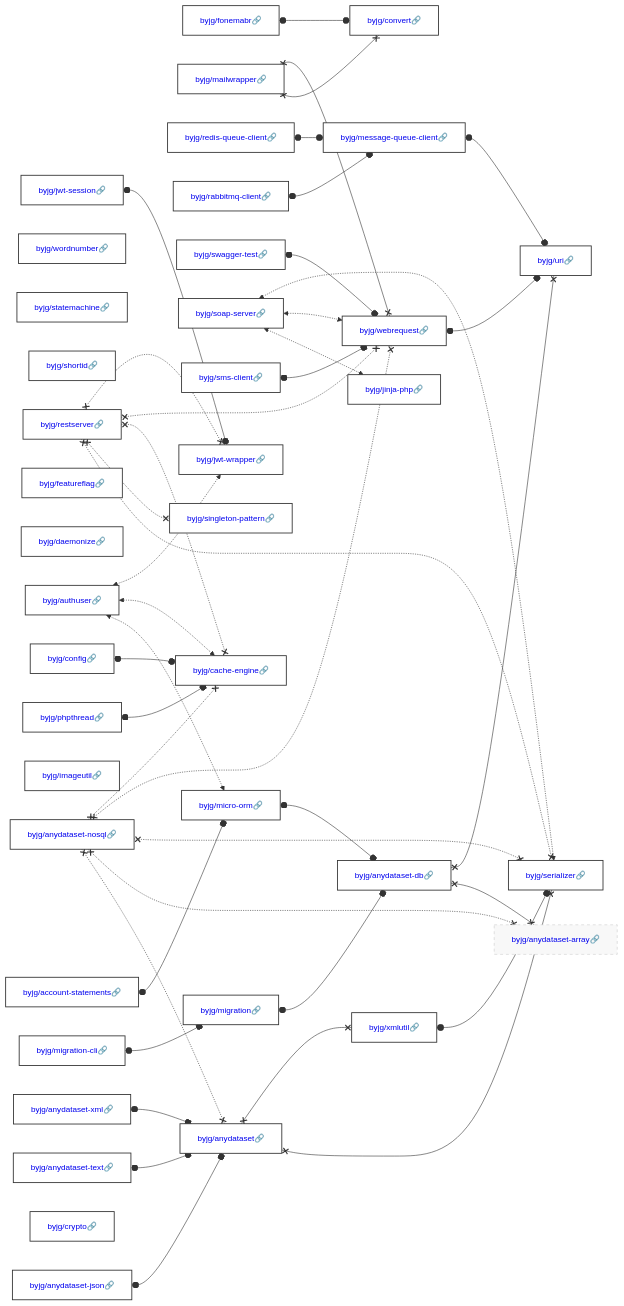
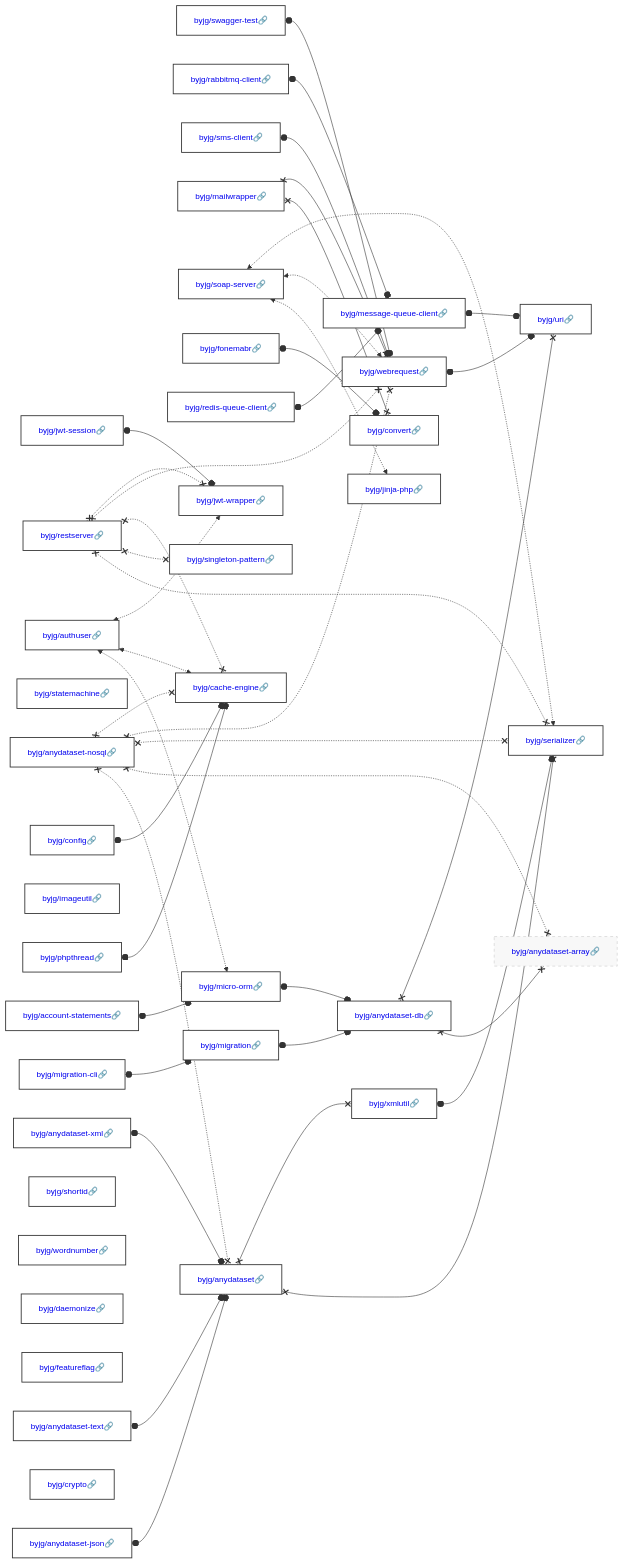
The diagram in docs/php/README.md (byjg/byjg.github.io), drawn with Mermaid before and after one commit. The commit also changed other lines of this file, not shown here.

Commit message:
Update documentation 'php' 'php-webrequest'

````diff
--- a/docs/php/README.md
+++ b/docs/php/README.md
@@ -3,40 +3,40 @@
 ```mermaid
 graph LR;
-  byjg/phpthread[<a href='https://opensource.byjg.com/docs/php/phpthread' style='text-decoration:none'>byjg/phpthread🔗</a>];
+  byjg/config[<a href='https://opensource.byjg.com/docs/php/config' style='text-decoration:none'>byjg/config🔗</a>];
+  byjg/swagger-test[<a href='https://opensource.byjg.com/docs/php/swagger-test' style='text-decoration:none'>byjg/swagger-test🔗</a>];
+  byjg/migration-cli[<a href='https://opensource.byjg.com/docs/php/migration-cli' style='text-decoration:none'>byjg/migration-cli🔗</a>];
+  byjg/anydataset-text[<a href='https://opensource.byjg.com/docs/php/anydataset-text' style='text-decoration:none'>byjg/anydataset-text🔗</a>];
+  byjg/statemachine[<a href='https://opensource.byjg.com/docs/php/statemachine' style='text-decoration:none'>byjg/statemachine🔗</a>];
+  byjg/rabbitmq-client[<a href='https://opensource.byjg.com/docs/php/rabbitmq-client' style='text-decoration:none'>byjg/rabbitmq-client🔗</a>];
+  byjg/anydataset-json[<a href='https://opensource.byjg.com/docs/php/anydataset-json' style='text-decoration:none'>byjg/anydataset-json🔗</a>];
+  byjg/anydataset-xml[<a href='https://opensource.byjg.com/docs/php/anydataset-xml' style='text-decoration:none'>byjg/anydataset-xml🔗</a>];
+  byjg/imageutil[<a href='https://opensource.byjg.com/docs/php/imageutil' style='text-decoration:none'>byjg/imageutil🔗</a>];
+  byjg/account-statements[<a href='https://opensource.byjg.com/docs/php/account-statements' style='text-decoration:none'>byjg/account-statements🔗</a>];
+  byjg/sms-client[<a href='https://opensource.byjg.com/docs/php/sms-client' style='text-decoration:none'>byjg/sms-client🔗</a>];
+  byjg/restserver[<a href='https://opensource.byjg.com/docs/php/restserver' style='text-decoration:none'>byjg/restserver🔗</a>];
+  byjg/authuser[<a href='https://opensource.byjg.com/docs/php/authuser' style='text-decoration:none'>byjg/authuser🔗</a>];
+  byjg/jwt-session[<a href='https://opensource.byjg.com/docs/php/jwt-session' style='text-decoration:none'>byjg/jwt-session🔗</a>];
+  byjg/shortid[<a href='https://opensource.byjg.com/docs/php/shortid' style='text-decoration:none'>byjg/shortid🔗</a>];
+  byjg/mailwrapper[<a href='https://opensource.byjg.com/docs/php/mailwrapper' style='text-decoration:none'>byjg/mailwrapper🔗</a>];
+  byjg/soap-server[<a href='https://opensource.byjg.com/docs/php/soap-server' style='text-decoration:none'>byjg/soap-server🔗</a>];
   byjg/wordnumber[<a href='https://opensource.byjg.com/docs/php/wordnumber' style='text-decoration:none'>byjg/wordnumber🔗</a>];
-  byjg/statemachine[<a href='https://opensource.byjg.com/docs/php/statemachine' style='text-decoration:none'>byjg/statemachine🔗</a>];
-  byjg/shortid[<a href='https://opensource.byjg.com/docs/php/shortid' style='text-decoration:none'>byjg/shortid🔗</a>];
-  byjg/authuser[<a href='https://opensource.byjg.com/docs/php/authuser' style='text-decoration:none'>byjg/authuser🔗</a>];
   byjg/fonemabr[<a href='https://opensource.byjg.com/docs/php/fonemabr' style='text-decoration:none'>byjg/fonemabr🔗</a>];
+  byjg/daemonize[<a href='https://opensource.byjg.com/docs/php/daemonize' style='text-decoration:none'>byjg/daemonize🔗</a>];
+  byjg/redis-queue-client[<a href='https://opensource.byjg.com/docs/php/redis-queue-client' style='text-decoration:none'>byjg/redis-queue-client🔗</a>];
   byjg/featureflag[<a href='https://opensource.byjg.com/docs/php/featureflag' style='text-decoration:none'>byjg/featureflag🔗</a>];
-  byjg/mailwrapper[<a href='https://opensource.byjg.com/docs/php/mailwrapper' style='text-decoration:none'>byjg/mailwrapper🔗</a>];
-  byjg/redis-queue-client[<a href='https://opensource.byjg.com/docs/php/redis-queue-client' style='text-decoration:none'>byjg/redis-queue-client🔗</a>];
-  byjg/daemonize[<a href='https://opensource.byjg.com/docs/php/daemonize' style='text-decoration:none'>byjg/daemonize🔗</a>];
-  byjg/rabbitmq-client[<a href='https://opensource.byjg.com/docs/php/rabbitmq-client' style='text-decoration:none'>byjg/rabbitmq-client🔗</a>];
-  byjg/account-statements[<a href='https://opensource.byjg.com/docs/php/account-statements' style='text-decoration:none'>byjg/account-statements🔗</a>];
-  byjg/swagger-test[<a href='https://opensource.byjg.com/docs/php/swagger-test' style='text-decoration:none'>byjg/swagger-test🔗</a>];
-  byjg/anydataset-xml[<a href='https://opensource.byjg.com/docs/php/anydataset-xml' style='text-decoration:none'>byjg/anydataset-xml🔗</a>];
-  byjg/anydataset-text[<a href='https://opensource.byjg.com/docs/php/anydataset-text' style='text-decoration:none'>byjg/anydataset-text🔗</a>];
-  byjg/imageutil[<a href='https://opensource.byjg.com/docs/php/imageutil' style='text-decoration:none'>byjg/imageutil🔗</a>];
-  byjg/jwt-session[<a href='https://opensource.byjg.com/docs/php/jwt-session' style='text-decoration:none'>byjg/jwt-session🔗</a>];
-  byjg/soap-server[<a href='https://opensource.byjg.com/docs/php/soap-server' style='text-decoration:none'>byjg/soap-server🔗</a>];
-  byjg/migration-cli[<a href='https://opensource.byjg.com/docs/php/migration-cli' style='text-decoration:none'>byjg/migration-cli🔗</a>];
-  byjg/restserver[<a href='https://opensource.byjg.com/docs/php/restserver' style='text-decoration:none'>byjg/restserver🔗</a>];
-  byjg/config[<a href='https://opensource.byjg.com/docs/php/config' style='text-decoration:none'>byjg/config🔗</a>];
-  byjg/sms-client[<a href='https://opensource.byjg.com/docs/php/sms-client' style='text-decoration:none'>byjg/sms-client🔗</a>];
   byjg/anydataset-nosql[<a href='https://opensource.byjg.com/docs/php/anydataset-nosql' style='text-decoration:none'>byjg/anydataset-nosql🔗</a>];
   byjg/crypto[<a href='https://opensource.byjg.com/docs/php/crypto' style='text-decoration:none'>byjg/crypto🔗</a>];
-  byjg/anydataset-json[<a href='https://opensource.byjg.com/docs/php/anydataset-json' style='text-decoration:none'>byjg/anydataset-json🔗</a>];
+  byjg/phpthread[<a href='https://opensource.byjg.com/docs/php/phpthread' style='text-decoration:none'>byjg/phpthread🔗</a>];
+  byjg/migration[<a href='https://opensource.byjg.com/docs/php/migration' style='text-decoration:none'>byjg/migration🔗</a>];
+  byjg/singleton-pattern[<a href='https://opensource.byjg.com/docs/php/singleton-pattern' style='text-decoration:none'>byjg/singleton-pattern🔗</a>];
+  byjg/micro-orm[<a href='https://opensource.byjg.com/docs/php/micro-orm' style='text-decoration:none'>byjg/micro-orm🔗</a>];
+  byjg/jwt-wrapper[<a href='https://opensource.byjg.com/docs/php/jwt-wrapper' style='text-decoration:none'>byjg/jwt-wrapper🔗</a>];
+  byjg/jinja-php[<a href='https://opensource.byjg.com/docs/php/jinja-php' style='text-decoration:none'>byjg/jinja-php🔗</a>];
   byjg/convert[<a href='https://opensource.byjg.com/docs/php/convert' style='text-decoration:none'>byjg/convert🔗</a>];
   byjg/message-queue-client[<a href='https://opensource.byjg.com/docs/php/message-queue-client' style='text-decoration:none'>byjg/message-queue-client🔗</a>];
-  byjg/micro-orm[<a href='https://opensource.byjg.com/docs/php/micro-orm' style='text-decoration:none'>byjg/micro-orm🔗</a>];
-  byjg/jinja-php[<a href='https://opensource.byjg.com/docs/php/jinja-php' style='text-decoration:none'>byjg/jinja-php🔗</a>];
-  byjg/migration[<a href='https://opensource.byjg.com/docs/php/migration' style='text-decoration:none'>byjg/migration🔗</a>];
-  byjg/singleton-pattern[<a href='https://opensource.byjg.com/docs/php/singleton-pattern' style='text-decoration:none'>byjg/singleton-pattern🔗</a>];
-  byjg/jwt-wrapper[<a href='https://opensource.byjg.com/docs/php/jwt-wrapper' style='text-decoration:none'>byjg/jwt-wrapper🔗</a>];
+  byjg/anydataset[<a href='https://opensource.byjg.com/docs/php/anydataset' style='text-decoration:none'>byjg/anydataset🔗</a>];
   byjg/webrequest[<a href='https://opensource.byjg.com/docs/php/webrequest' style='text-decoration:none'>byjg/webrequest🔗</a>];
   byjg/cache-engine[<a href='https://opensource.byjg.com/docs/php/cache-engine' style='text-decoration:none'>byjg/cache-engine🔗</a>];
-  byjg/anydataset[<a href='https://opensource.byjg.com/docs/php/anydataset' style='text-decoration:none'>byjg/anydataset🔗</a>];
   byjg/anydataset-db[<a href='https://opensource.byjg.com/docs/php/anydataset-db' style='text-decoration:none'>byjg/anydataset-db🔗</a>];
   byjg/xmlutil[<a href='https://opensource.byjg.com/docs/php/xmlutil' style='text-decoration:none'>byjg/xmlutil🔗</a>];
   byjg/anydataset-array[<a href='https://opensource.byjg.com/docs/php/anydataset-array' style='text-decoration:none'>byjg/anydataset-array🔗</a>];
````
